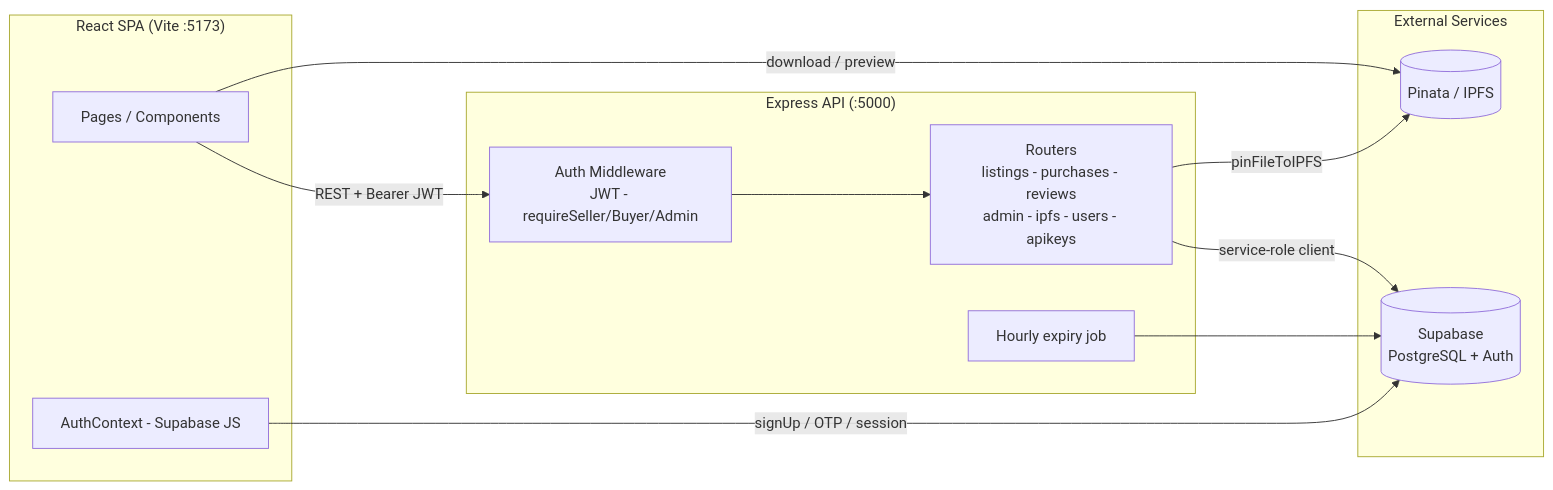
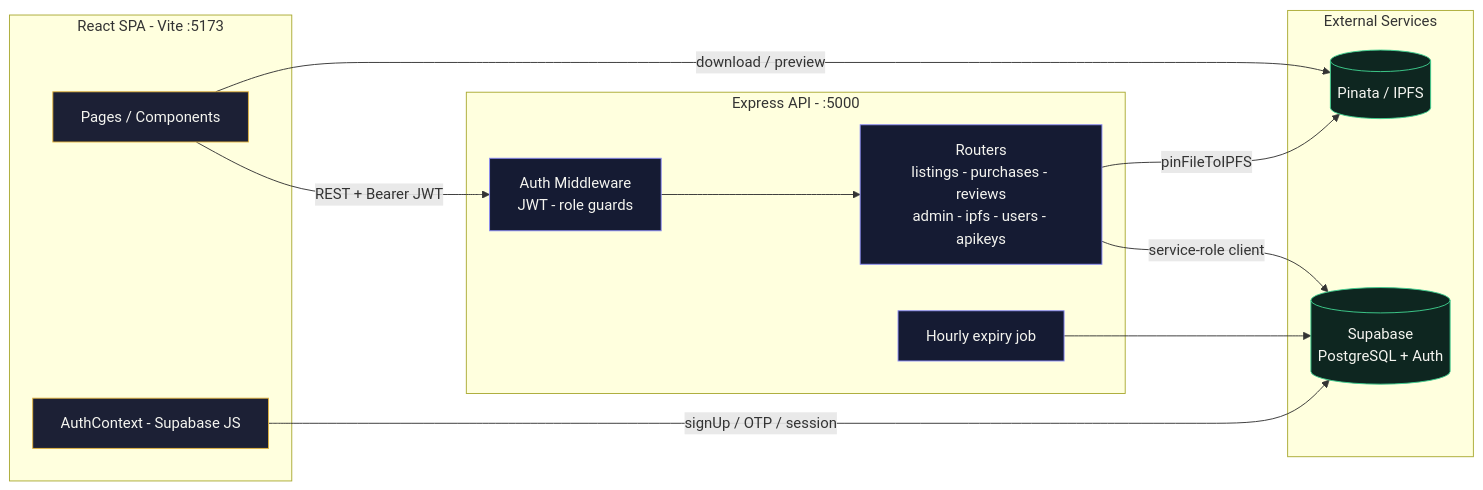
One commit to AbdullahShahid156/metamodels changed the diagram in README.md. Above: the diagram before and after it, drawn with Mermaid. The commit also changed other lines of this file and 4 other files, not shown here.

````diff
--- a/README.md
+++ b/README.md
@@ -99,26 +131,33 @@
 ```mermaid
 flowchart LR
-    subgraph Client["React SPA (Vite :5173)"]
+    subgraph Client["React SPA - Vite :5173"]
         UI[Pages / Components]
         AC[AuthContext - Supabase JS]
     end
 
-    subgraph Server["Express API (:5000)"]
-        MW[Auth Middleware<br/>JWT - requireSeller/Buyer/Admin]
+    subgraph Server["Express API - :5000"]
+        MW[Auth Middleware<br/>JWT - role guards]
         R[Routers<br/>listings - purchases - reviews<br/>admin - ipfs - users - apikeys]
         JOB[Hourly expiry job]
     end
 
     subgraph External["External Services"]
         SB[(Supabase<br/>PostgreSQL + Auth)]
         PIN[(Pinata / IPFS)]
     end
 
     UI -- "REST + Bearer JWT" --> MW
     AC -- "signUp / OTP / session" --> SB
     MW --> R
     R -- "service-role client" --> SB
     R -- "pinFileToIPFS" --> PIN
     UI -- "download / preview" --> PIN
     JOB --> SB
+
+    classDef clientNode fill:#1C2035,stroke:#E2B340,color:#F5F5F0
+    classDef serverNode fill:#151B33,stroke:#8B8CF8,color:#F5F5F0
+    classDef extNode fill:#0E2620,stroke:#3FCF8E,color:#F5F5F0
+    class UI,AC clientNode
+    class MW,R,JOB serverNode
+    class SB,PIN extNode
 ```
````
